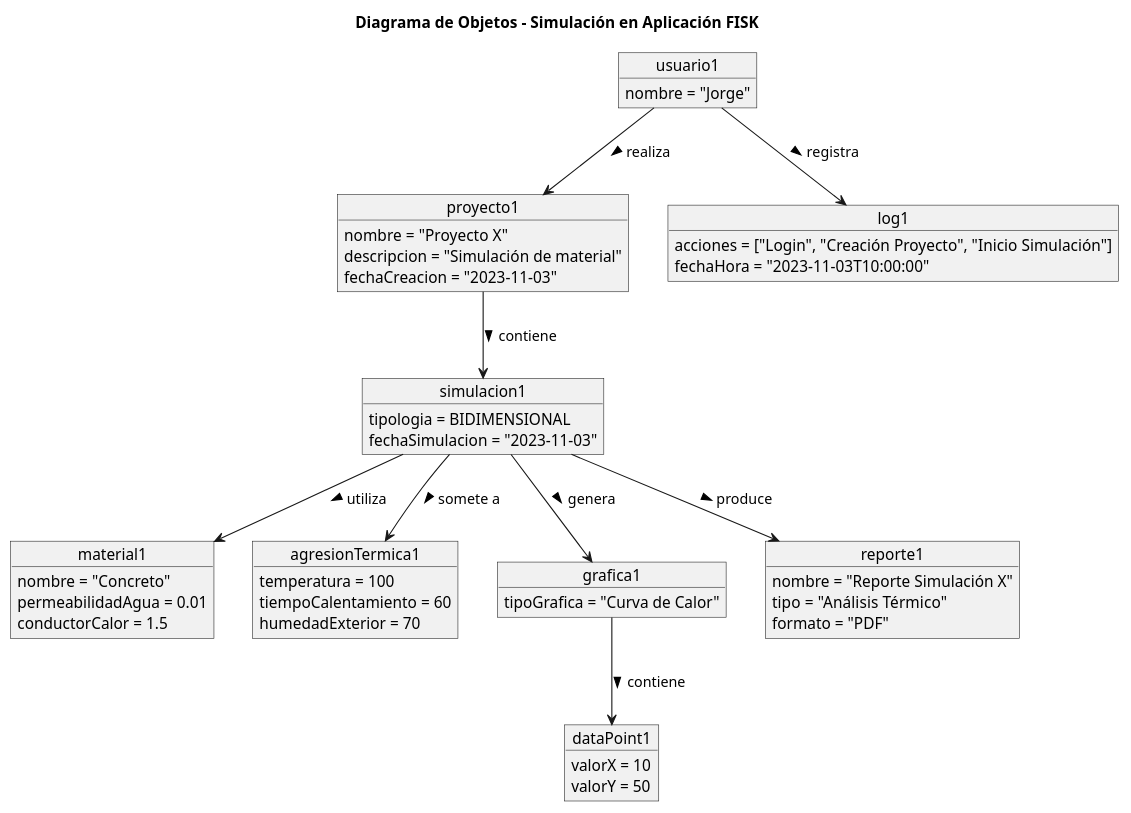
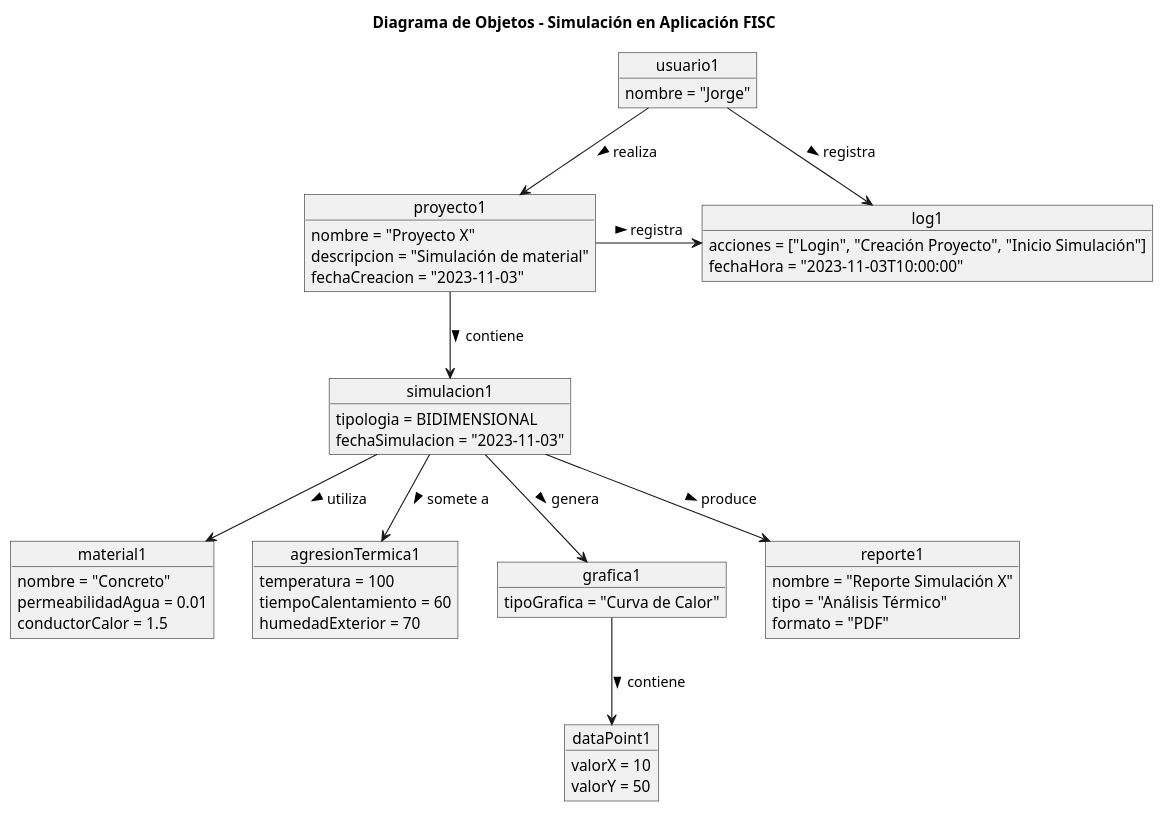
Before and after one commit to mmasias/23-24-IdSw1-SDR: the diagram in modelosUML/diagramaObjetos.puml, drawn with PlantUML. The commit also changed 1 other file, not shown here.

Commit message:
Modificación diagrama de Objetos

```diff
--- a/modelosUML/diagramaObjetos.puml
+++ b/modelosUML/diagramaObjetos.puml
@@ -1,60 +1,61 @@
 @startuml
-title Diagrama de Objetos - Simulación en Aplicación FISK
+title Diagrama de Objetos - Simulación en Aplicación FISC
 
 object usuario1 {
     nombre = "Jorge"
 }
 
 object proyecto1 {
     nombre = "Proyecto X"
     descripcion = "Simulación de material"
     fechaCreacion = "2023-11-03"
 }
 
 object simulacion1 {
     tipologia = BIDIMENSIONAL
     fechaSimulacion = "2023-11-03"
 }
 
 object material1 {
     nombre = "Concreto"
     permeabilidadAgua = 0.01
     conductorCalor = 1.5
 }
 
 object agresionTermica1 {
     temperatura = 100
     tiempoCalentamiento = 60
     humedadExterior = 70
 }
 
 object grafica1 {
     tipoGrafica = "Curva de Calor"
 }
 
 object dataPoint1 {
     valorX = 10
     valorY = 50
 }
 
 object log1 {
     acciones = ["Login", "Creación Proyecto", "Inicio Simulación"]
     fechaHora = "2023-11-03T10:00:00"
 }
 
 object reporte1 {
     nombre = "Reporte Simulación X"
     tipo = "Análisis Térmico"
     formato = "PDF"
 }
 
 usuario1 -down-> proyecto1 : "realiza >"
 proyecto1 -down-> simulacion1 : "contiene >"
 simulacion1 -down-> material1 : "utiliza >"
 simulacion1 -down-> agresionTermica1 : "somete a >"
 simulacion1 -down-> grafica1 : "genera >"
 simulacion1 -down-> reporte1 : "produce >"
 usuario1 -down-> log1 : "registra >"
 grafica1 -down-> dataPoint1 : "contiene >"
+proyecto1 -right-> log1 : "registra >"
 
 @enduml
```
